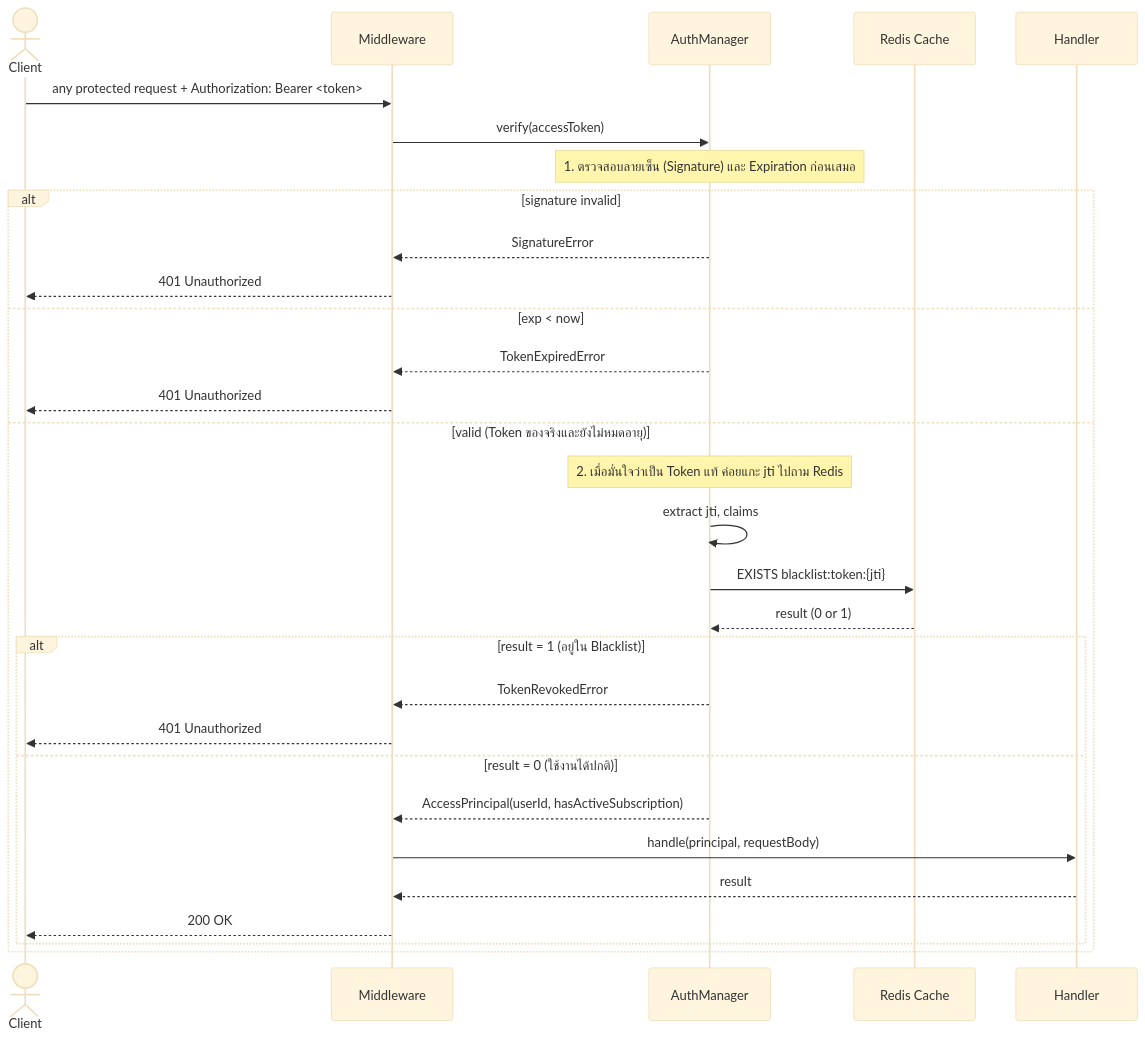
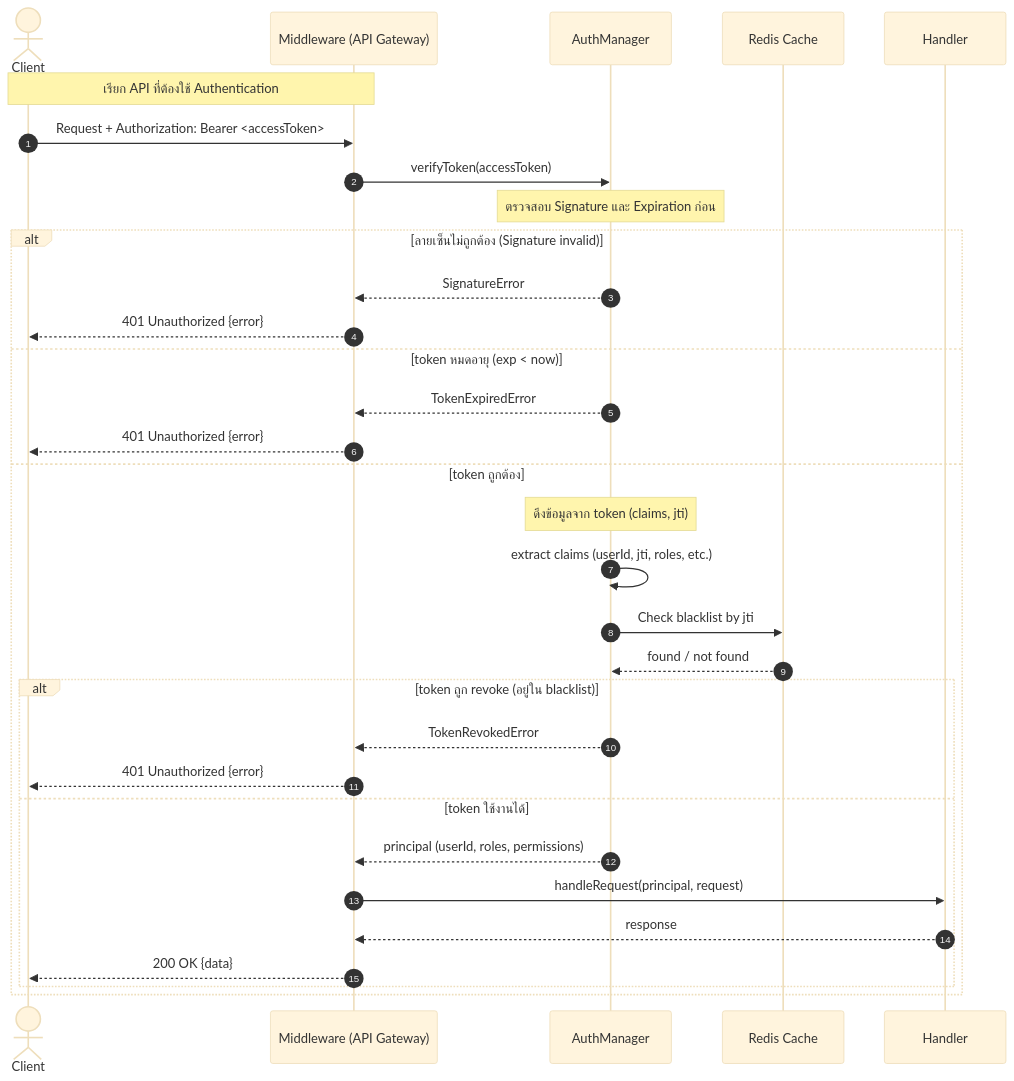
Before and after one commit to Bank-e/Music-Video-Streaming-Subscription-System: the second of 4 diagrams in doc/sequence_02_auth.md, drawn with Mermaid (base theme). The commit also changed other lines of this file and 4 other files, not shown here.

````diff
--- a/doc/sequence_02_auth.md
+++ b/doc/sequence_02_auth.md
@@ -53,35 +63,43 @@
 ```mermaid
 sequenceDiagram
-  actor Client
-  participant API as Middleware
-  participant AM as AuthManager
-  participant Cache as Redis Cache
-  participant H as Handler
+    autonumber
+    actor Client
+    participant API as Middleware (API Gateway)
+    participant AM as AuthManager
+    participant Cache as Redis Cache
+    participant H as Handler
 
-  Client->>API: any protected request + Authorization: Bearer <token>
-  API->>AM: verify(accessToken)
+    Note over Client,API: เรียก API ที่ต้องใช้ Authentication
 
-  Note over AM: 1. ตรวจสอบลายเซ็น (Signature) และ Expiration ก่อนเสมอ
-  alt signature invalid
-    AM-->>API: SignatureError
-    API-->>Client: 401 Unauthorized
-  else exp < now
-    AM-->>API: TokenExpiredError
-    API-->>Client: 401 Unauthorized
-  else valid (Token ของจริงและยังไม่หมดอายุ)
-    Note over AM: 2. เมื่อมั่นใจว่าเป็น Token แท้ ค่อยแกะ jti ไปถาม Redis
-    AM->>AM: extract jti, claims
-    AM->>Cache: EXISTS blacklist:token:{jti}
-    Cache-->>AM: result (0 or 1)
+    Client->>API: Request + Authorization: Bearer <accessToken>
 
-    alt result = 1 (อยู่ใน Blacklist)
-      AM-->>API: TokenRevokedError
-      API-->>Client: 401 Unauthorized
-    else result = 0 (ใช้งานได้ปกติ)
-      AM-->>API: AccessPrincipal(userId, hasActiveSubscription)
-      API->>H: handle(principal, requestBody)
-      H-->>API: result
-      API-->>Client: 200 OK
+    API->>AM: verifyToken(accessToken)
+
+    Note over AM: ตรวจสอบ Signature และ Expiration ก่อน
+
+    alt ลายเซ็นไม่ถูกต้อง (Signature invalid)
+        AM-->>API: SignatureError
+        API-->>Client: 401 Unauthorized {error}
+    else token หมดอายุ (exp < now)
+        AM-->>API: TokenExpiredError
+        API-->>Client: 401 Unauthorized {error}
+    else token ถูกต้อง
+        Note over AM: ดึงข้อมูลจาก token (claims, jti)
+        AM->>AM: extract claims (userId, jti, roles, etc.)
+
+        AM->>Cache: Check blacklist by jti
+        Cache-->>AM: found / not found
+
+        alt token ถูก revoke (อยู่ใน blacklist)
+            AM-->>API: TokenRevokedError
+            API-->>Client: 401 Unauthorized {error}
+        else token ใช้งานได้
+            AM-->>API: principal (userId, roles, permissions)
+
+            API->>H: handleRequest(principal, request)
+            H-->>API: response
+
+            API-->>Client: 200 OK {data}
+        end
     end
-  end
 ```
````
